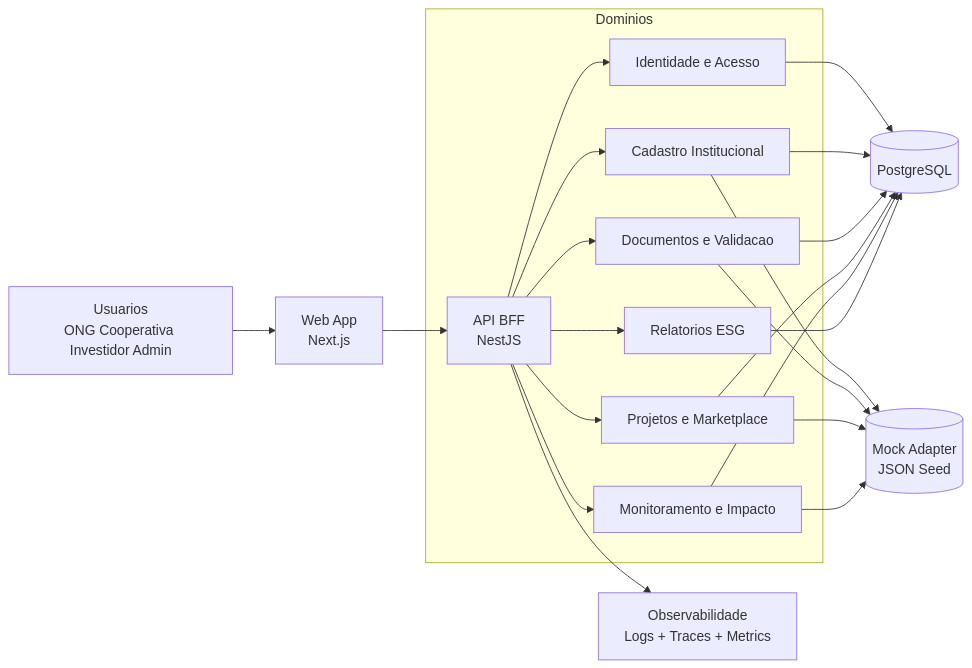
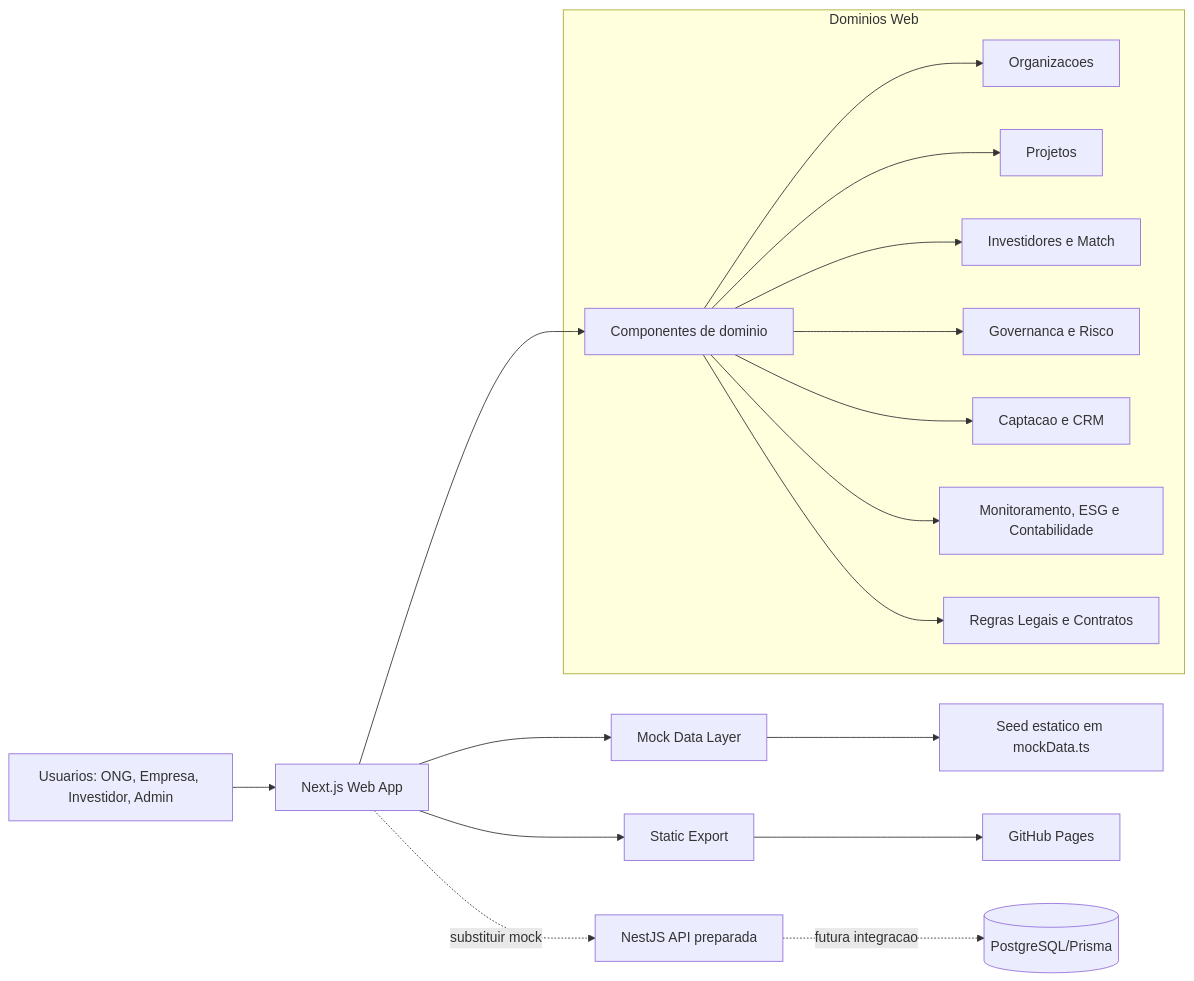
The first of 2 diagrams in Arquitetura-MVP-Tradeoffs.md (wesleyzilva/ONGanizator), drawn with Mermaid before and after one commit. The commit also changed other lines of this file and 2 other files, not shown here.

````diff
--- a/Arquitetura-MVP-Tradeoffs.md
+++ b/Arquitetura-MVP-Tradeoffs.md
@@ -75,28 +72,23 @@
 ```mermaid
 flowchart LR
-  U[Usuarios\nONG Cooperativa Investidor Admin] --> W[Web App\nNext.js]
-  W --> B[API BFF\nNestJS]
+  U[Usuarios: ONG, Empresa, Investidor, Admin] --> W[Next.js Web App]
+  W --> MD[Mock Data Layer]
+  W --> UI[Componentes de dominio]
 
-  subgraph Dominios
-    B --> D1[Identidade e Acesso]
-    B --> D2[Cadastro Institucional]
-    B --> D3[Documentos e Validacao]
-    B --> D4[Projetos e Marketplace]
-    B --> D5[Monitoramento e Impacto]
-    B --> D6[Relatorios ESG]
+  subgraph Dominios Web
+    UI --> D1[Organizacoes]
+    UI --> D2[Projetos]
+    UI --> D3[Investidores e Match]
+    UI --> D4[Governanca e Risco]
+    UI --> D5[Captacao e CRM]
+    UI --> D6[Monitoramento, ESG e Contabilidade]
+    UI --> D7[Regras Legais e Contratos]
   end
 
-  D1 --> P[(PostgreSQL)]
-  D2 --> P
-  D3 --> P
-  D4 --> P
-  D5 --> P
-  D6 --> P
+  MD --> S1[Seed estatico em mockData.ts]
+  W --> GH[Static Export]
+  GH --> P[GitHub Pages]
 
-  D2 --> M[(Mock Adapter\nJSON Seed)]
-  D3 --> M
-  D4 --> M
-  D5 --> M
-
-  B --> O[Observabilidade\nLogs + Traces + Metrics]
+  API[NestJS API preparada] -. futura integracao .-> DB[(PostgreSQL/Prisma)]
+  W -. substituir mock .-> API
 ```
````
